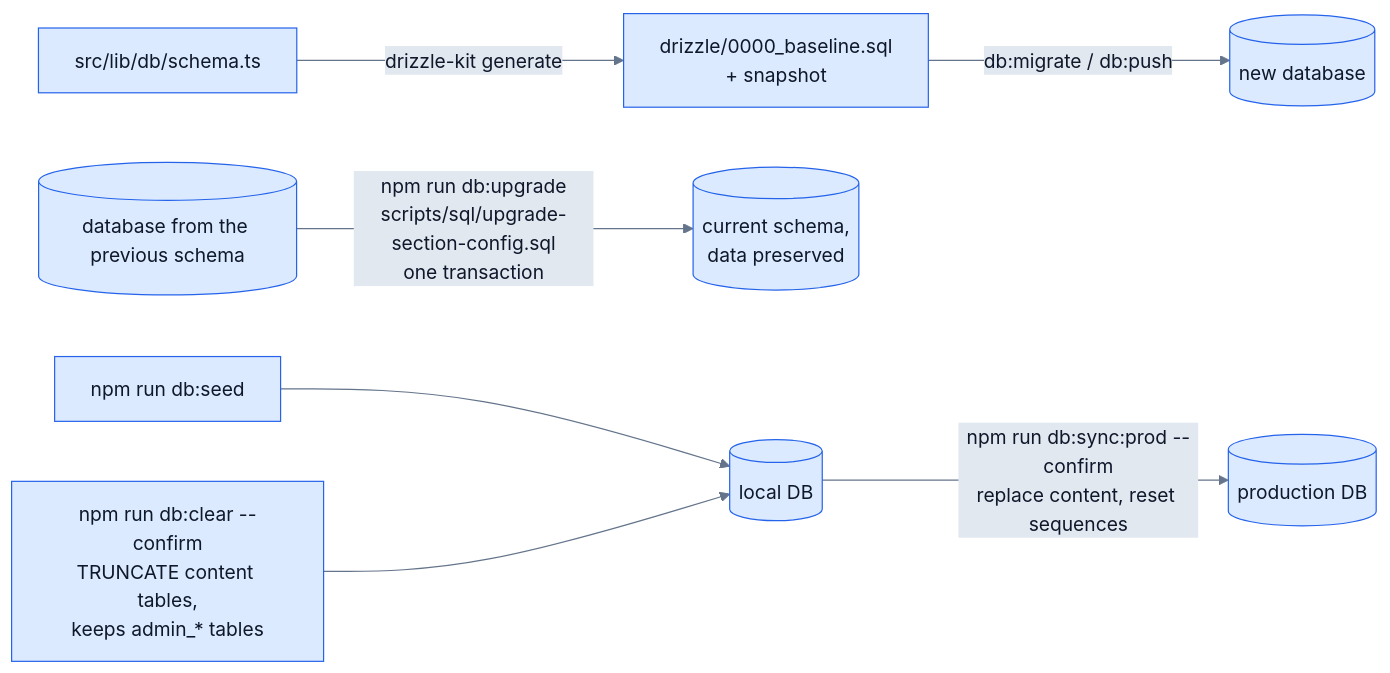
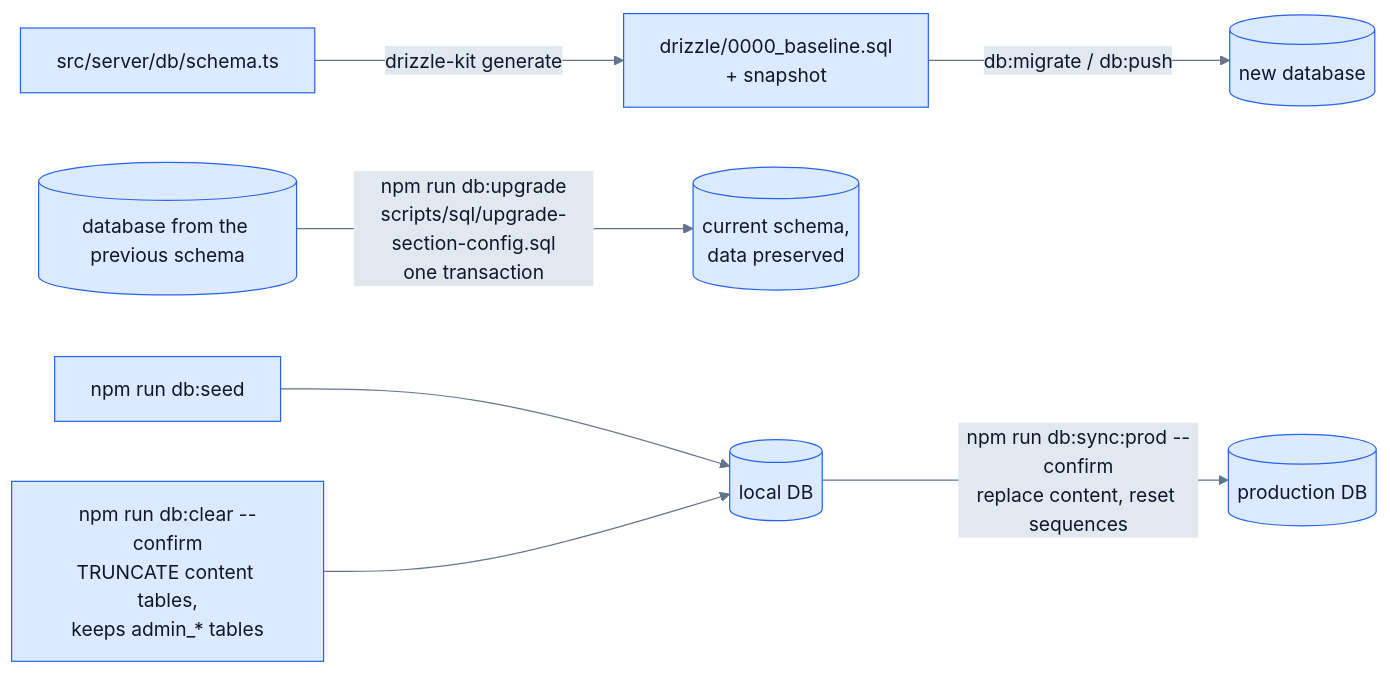
Before and after one commit to mhmdsbr/portfolio: diagram 14 of 14 in docs/database-architecture.md, drawn with Mermaid. The commit also changed other lines of this file and 156 other files, not shown here.

````diff
--- a/docs/database-architecture.md
+++ b/docs/database-architecture.md
@@ -513,11 +513,11 @@
 ```mermaid
 %%{init: {'theme':'base','themeVariables':{'primaryColor':'#dbeafe','primaryTextColor':'#0f172a','primaryBorderColor':'#2563eb','secondaryColor':'#e0f2fe','tertiaryColor':'#f1f5f9','lineColor':'#64748b','textColor':'#0f172a','mainBkg':'#dbeafe','nodeBorder':'#2563eb','clusterBkg':'#f1f5f9','clusterBorder':'#94a3b8','titleColor':'#0f172a','edgeLabelBackground':'#e2e8f0'}}}%%
 flowchart LR
-    SCH["src/lib/db/schema.ts"] -->|drizzle-kit generate| MIG["drizzle/0000_baseline.sql<br/>+ snapshot"]
+    SCH["src/server/db/schema.ts"] -->|drizzle-kit generate| MIG["drizzle/0000_baseline.sql<br/>+ snapshot"]
     MIG -->|db:migrate / db:push| NEW[("new database")]
     OLD[("database from the previous schema")] -->|"npm run db:upgrade<br/>scripts/sql/upgrade-section-config.sql<br/>one transaction"| NEW2[("current schema,<br/>data preserved")]
 
     SEED["npm run db:seed"] --> LOCAL[("local DB")]
     CLEAR["npm run db:clear --confirm<br/>TRUNCATE content tables,<br/>keeps admin_* tables"] --> LOCAL
     LOCAL -->|"npm run db:sync:prod --confirm<br/>replace content, reset sequences"| PROD[("production DB")]
 ```
````
